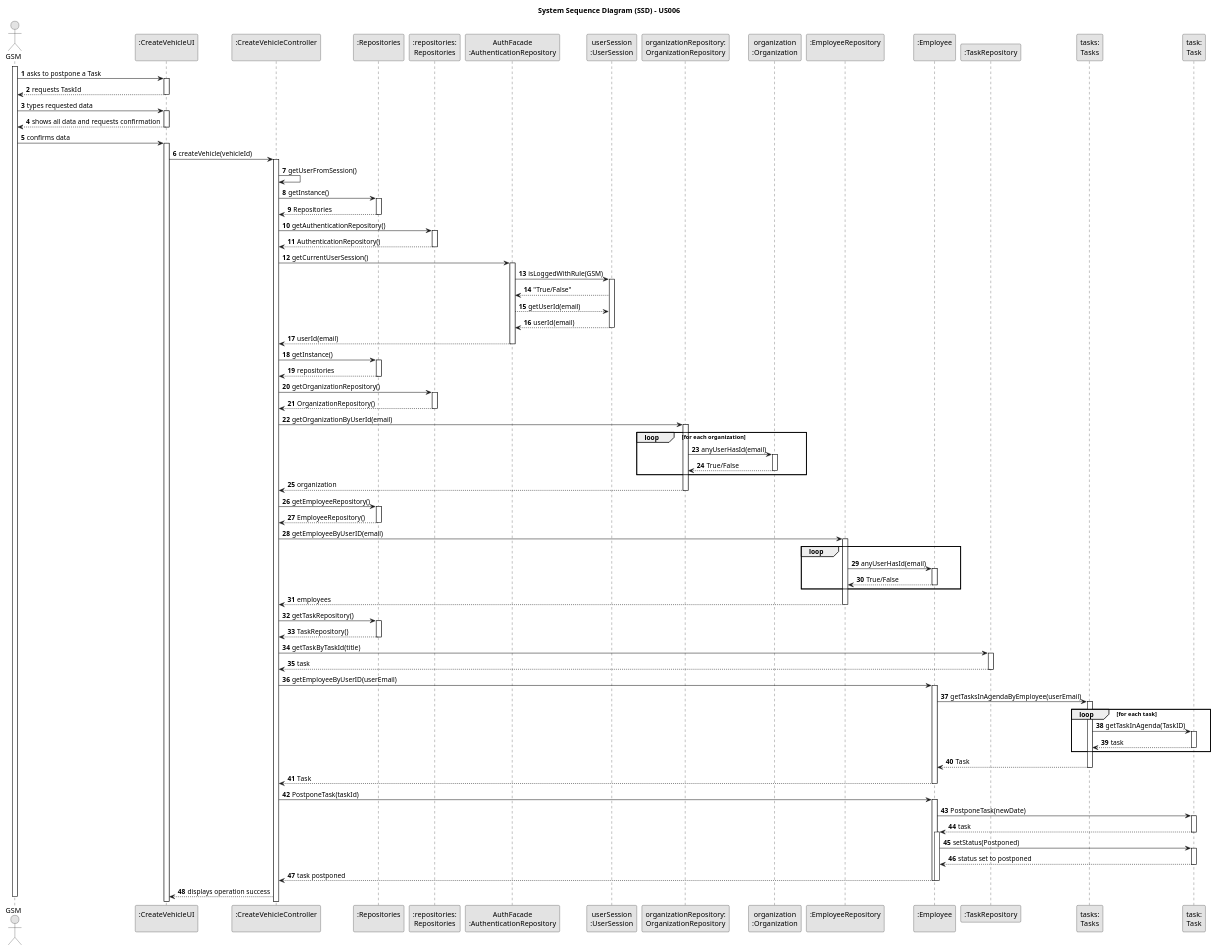
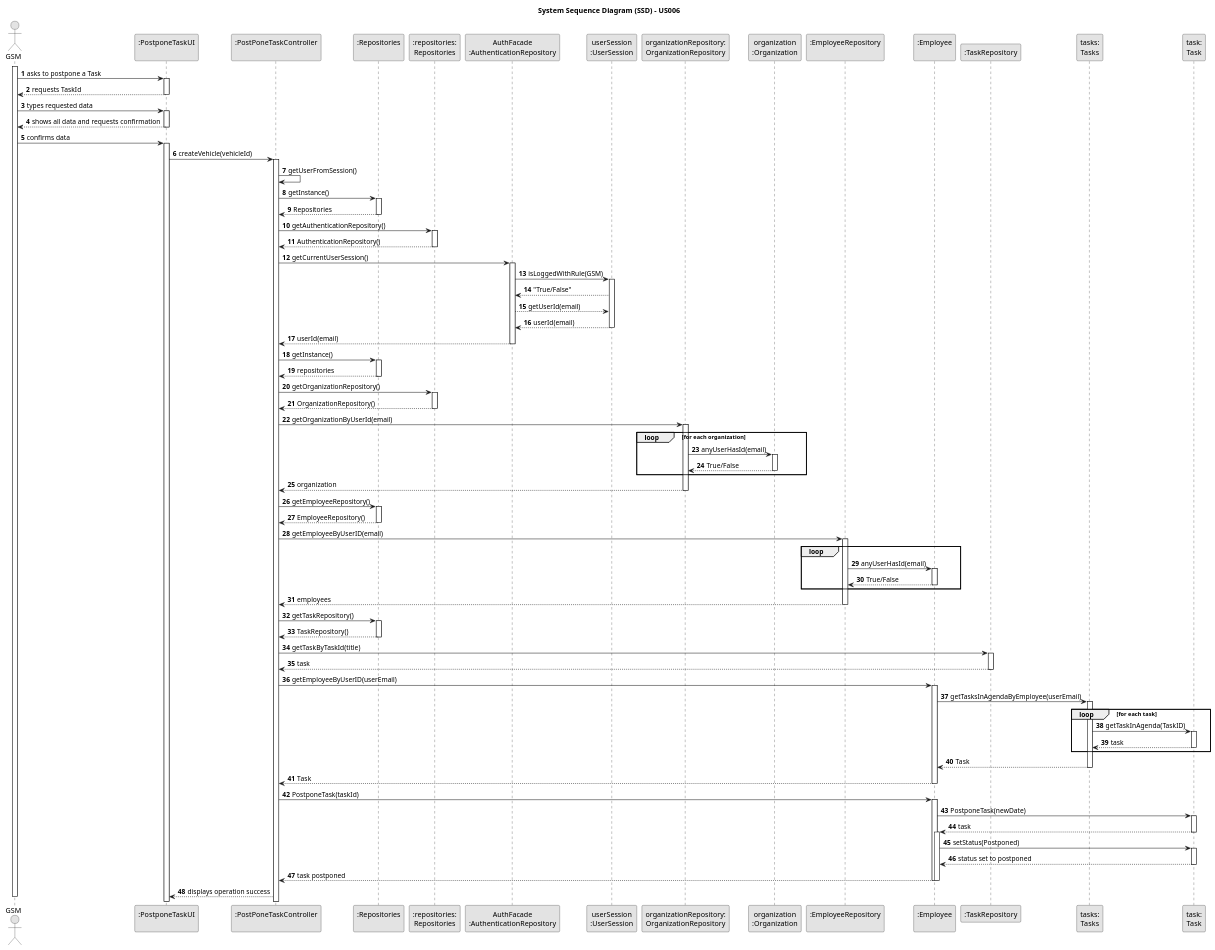
The diagram in docs/sprintC/us0024/03.design/puml/us24-sequence-diagram-fullv2.puml (Mendoncaa/LAPR2), drawn with PlantUML before and after one commit. The commit also changed 9 other files, not shown here.

```diff
--- a/docs/sprintC/us0024/03.design/puml/us24-sequence-diagram-fullv2.puml
+++ b/docs/sprintC/us0024/03.design/puml/us24-sequence-diagram-fullv2.puml
@@ -9,8 +9,8 @@
 
 actor "GSM" as GSM
 
-participant ":CreateVehicleUI\n" as UI
-participant ":CreateVehicleController\n" as CTRL
+participant ":PostponeTaskUI\n" as UI
+participant ":PostPoneTaskController\n" as CTRL
 participant ":Repositories\n" as SR
 participant ":repositories:\nRepositories" as RR
 participant "AuthFacade\n:AuthenticationRepository" as AUTHREP
```
